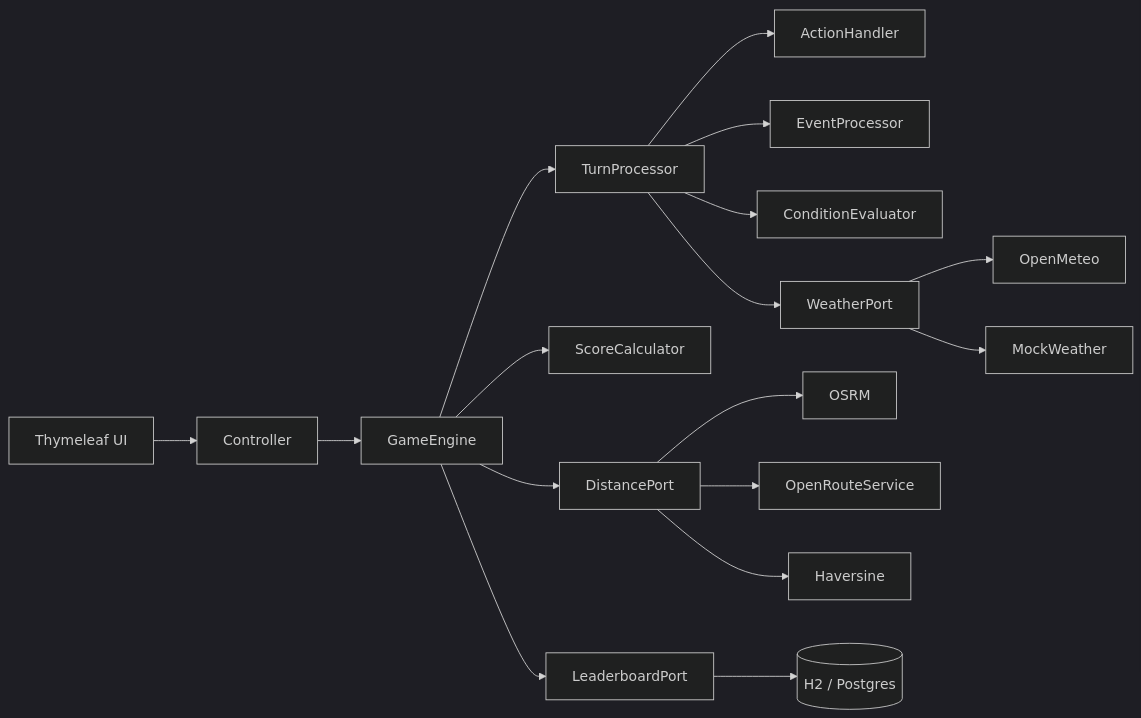
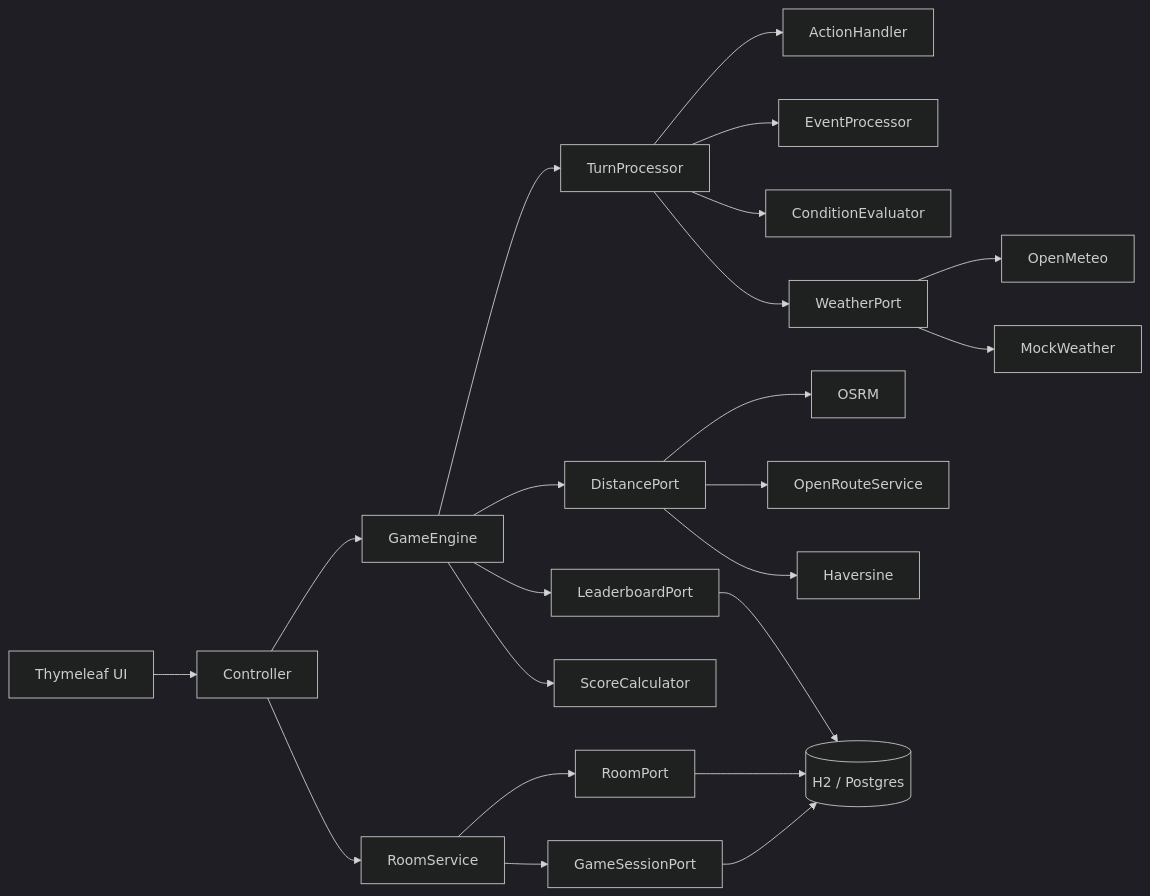
Before and after one commit to paulofranklins2/silicon-valley-trail: the diagram in README.md, drawn with Mermaid (dark theme). The commit also changed other lines of this file and 2 other files, not shown here.

````diff
--- a/README.md
+++ b/README.md
@@ -73,19 +87,24 @@
 ```mermaid
 flowchart LR
     UI[Thymeleaf UI] --> Controller
     Controller --> Engine[GameEngine]
+    Controller --> RoomService
+    RoomService --> RoomPort
+    RoomService --> GameSessionPort
     Engine --> TurnProcessor
     Engine --> ScoreCalculator
     TurnProcessor --> ActionHandler
     TurnProcessor --> EventProcessor
     TurnProcessor --> ConditionEvaluator
     TurnProcessor --> WeatherPort
     Engine --> DistancePort
     Engine --> LeaderboardPort
     WeatherPort --> OpenMeteo
     WeatherPort --> MockWeather
     DistancePort --> OSRM
     DistancePort --> ORS[OpenRouteService]
     DistancePort --> Haversine
     LeaderboardPort --> DB[(H2 / Postgres)]
+    RoomPort --> DB
+    GameSessionPort --> DB
 ```
````
